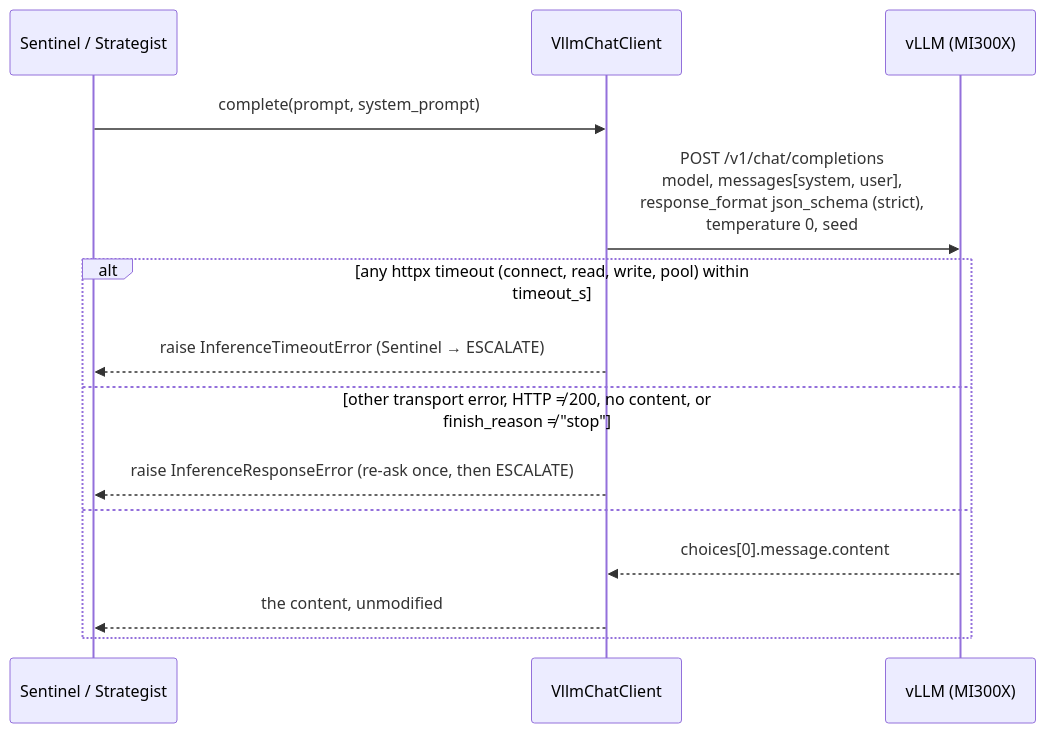
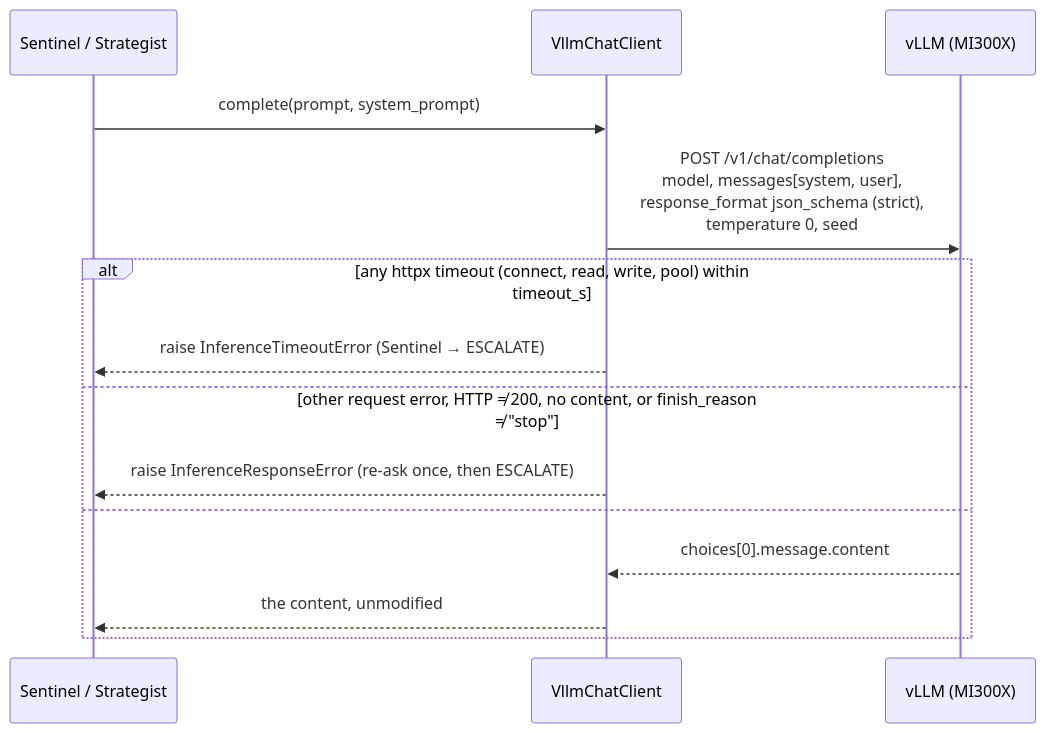
One commit to Katlego-tech/UbuntuRemit changed the second of 2 diagrams in docs/design/inference.md. Above: the diagram before and after it, drawn with Mermaid. The commit also changed other lines of this file and 2 other files, not shown here.

````diff
--- a/docs/design/inference.md
+++ b/docs/design/inference.md
@@ -71,16 +80,16 @@
 ```mermaid
 sequenceDiagram
     participant A as Sentinel / Strategist
     participant C as VllmChatClient
     participant V as vLLM (MI300X)
     A->>C: complete(prompt, system_prompt)
     C->>V: POST /v1/chat/completions<br/>model, messages[system, user],<br/>response_format json_schema (strict),<br/>temperature 0, seed
     alt any httpx timeout (connect, read, write, pool) within timeout_s
         C-->>A: raise InferenceTimeoutError  (Sentinel → ESCALATE)
-    else other transport error, HTTP ≠ 200, no content, or finish_reason ≠ "stop"
+    else other request error, HTTP ≠ 200, no content, or finish_reason ≠ "stop"
         C-->>A: raise InferenceResponseError  (re-ask once, then ESCALATE)
     else
         V-->>C: choices[0].message.content
         C-->>A: the content, unmodified
     end
 ```
````
